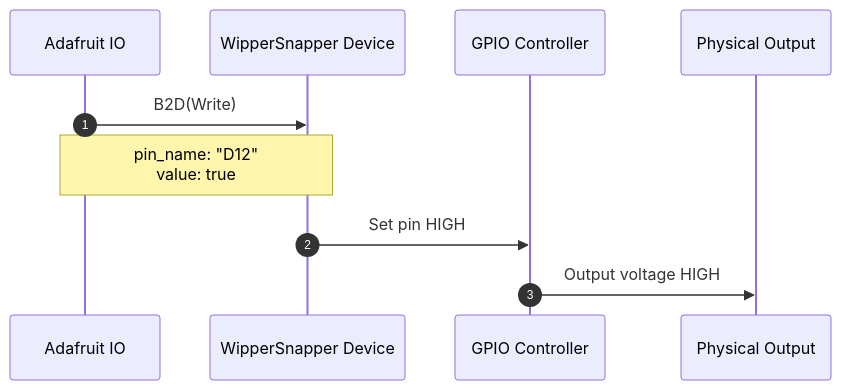
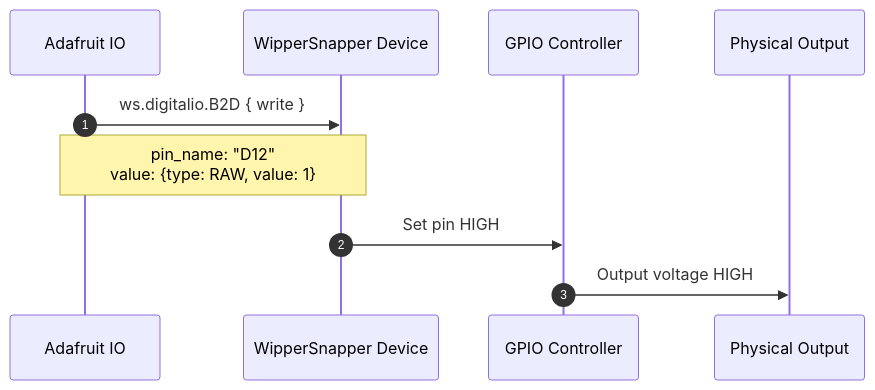
One commit to adafruit/Wippersnapper_Protobuf changed the third of 4 diagrams in proto/wippersnapper/docs/digitalio.md. Above: the diagram before and after it, drawn with Mermaid. The commit also changed other lines of this file and 10 other files, not shown here.

````diff
--- a/proto/wippersnapper/docs/digitalio.md
+++ b/proto/wippersnapper/docs/digitalio.md
@@ -95,14 +104,14 @@
 ```mermaid
 sequenceDiagram
 autonumber
 participant IO as Adafruit IO
 participant Device as WipperSnapper Device
 participant GPIO as GPIO Controller
 participant LED as Physical Output
 
-IO->>Device: B2D(Write)
-Note over IO,Device: pin_name: "D12"<br/>value: true
+IO->>Device: ws.digitalio.B2D { write }
+Note over IO,Device: pin_name: "D12"<br/>value: {type: RAW, value: 1}
 
 Device->>GPIO: Set pin HIGH
 GPIO->>LED: Output voltage HIGH
 ```
````
